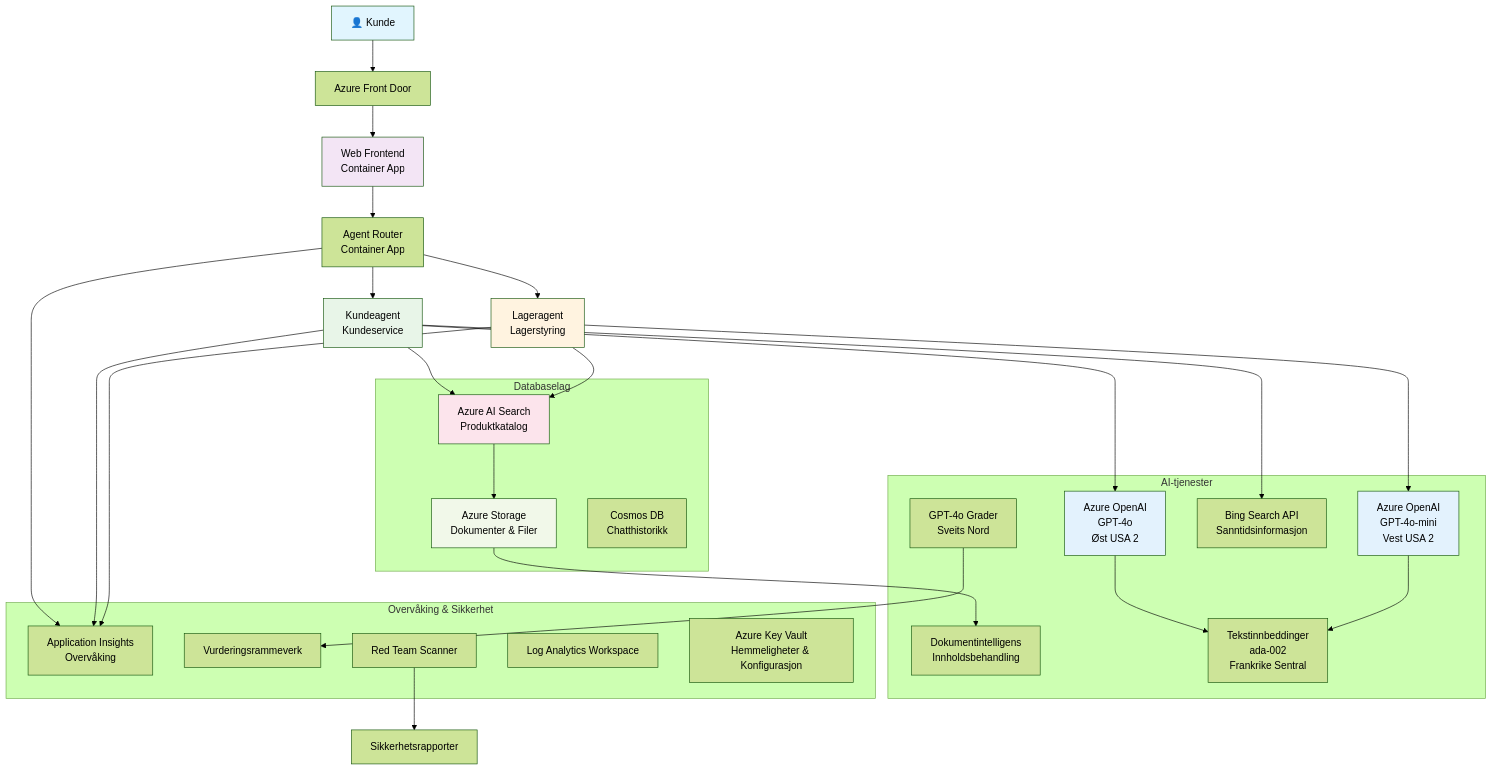
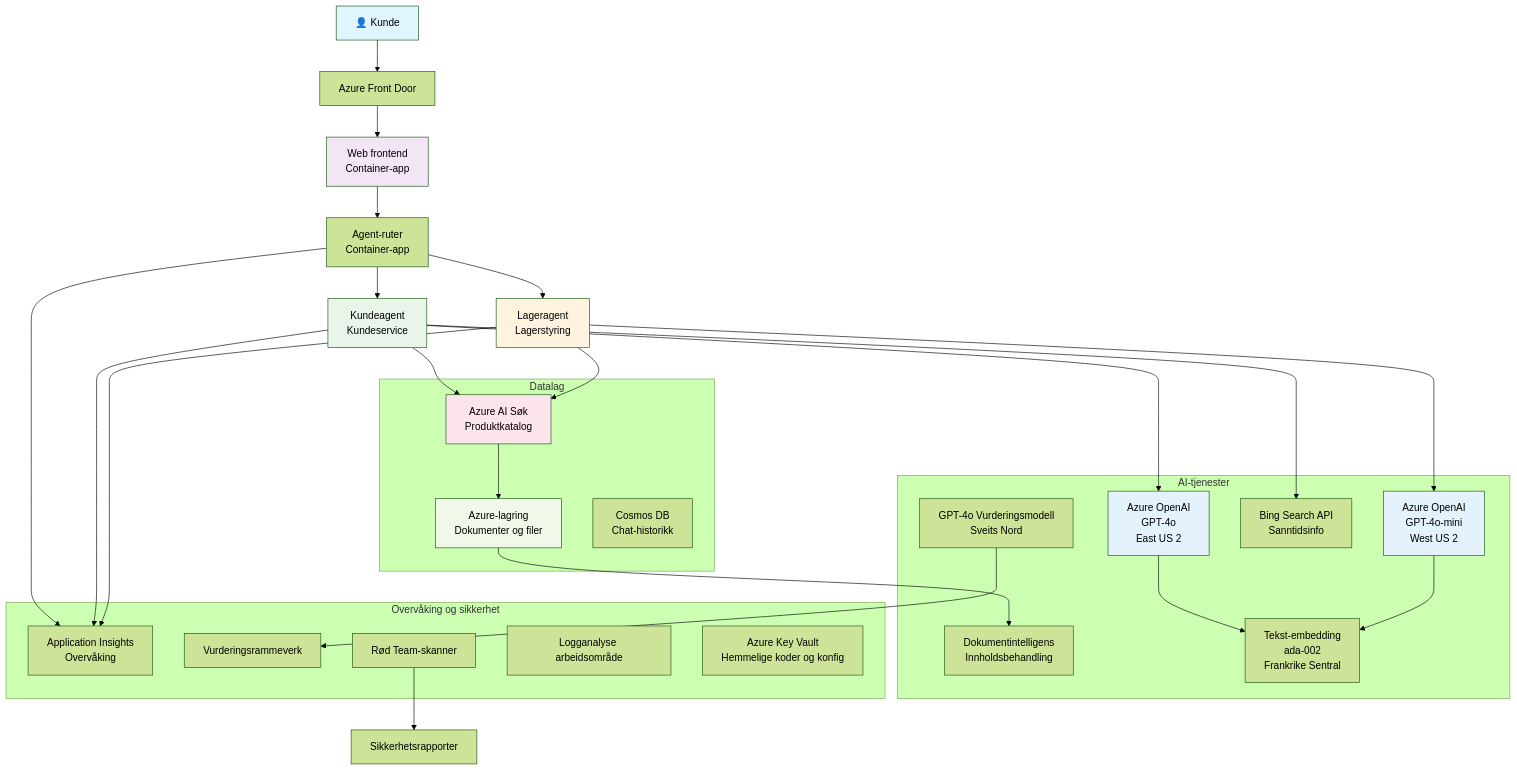
The diagram in translations/no/examples/retail-scenario.md (microsoft/AZD-for-beginners), drawn with Mermaid (forest theme) before and after one commit. The commit also changed other lines of this file and 242 other files, not shown here.

````diff
--- a/translations/no/examples/retail-scenario.md
+++ b/translations/no/examples/retail-scenario.md
@@ -148,61 +139,61 @@
 ```mermaid
 graph TB
     User[👤 Kunde] --> LB[Azure Front Door]
-    LB --> WebApp[Web Frontend<br/>Container App]
+    LB --> WebApp[Web frontend<br/>Container-app]
     
-    WebApp --> Router[Agent Router<br/>Container App]
+    WebApp --> Router[Agent-ruter<br/>Container-app]
     Router --> CustomerAgent[Kundeagent<br/>Kundeservice]
     Router --> InvAgent[Lageragent<br/>Lagerstyring]
     
-    CustomerAgent --> OpenAI1[Azure OpenAI<br/>GPT-4o<br/>Øst USA 2]
-    InvAgent --> OpenAI2[Azure OpenAI<br/>GPT-4o-mini<br/>Vest USA 2]
+    CustomerAgent --> OpenAI1[Azure OpenAI<br/>GPT-4o<br/>East US 2]
+    InvAgent --> OpenAI2[Azure OpenAI<br/>GPT-4o-mini<br/>West US 2]
     
-    CustomerAgent --> AISearch[Azure AI Search<br/>Produktkatalog]
-    CustomerAgent --> BingSearch[Bing Search API<br/>Sanntidsinformasjon]
+    CustomerAgent --> AISearch[Azure AI Søk<br/>Produktkatalog]
+    CustomerAgent --> BingSearch[Bing Search API<br/>Sanntidsinfo]
     InvAgent --> AISearch
     
-    AISearch --> Storage[Azure Storage<br/>Dokumenter & Filer]
+    AISearch --> Storage[Azure-lagring<br/>Dokumenter og filer]
     Storage --> DocIntel[Dokumentintelligens<br/>Innholdsbehandling]
     
-    OpenAI1 --> Embeddings[Tekstinnbeddinger<br/>ada-002<br/>Frankrike Sentral]
+    OpenAI1 --> Embeddings[Tekst-embedding<br/>ada-002<br/>Frankrike Sentral]
     OpenAI2 --> Embeddings
     
     Router --> AppInsights[Application Insights<br/>Overvåking]
     CustomerAgent --> AppInsights
     InvAgent --> AppInsights
     
-    GraderModel[GPT-4o Grader<br/>Sveits Nord] --> Evaluation[Vurderingsrammeverk]
-    RedTeam[Red Team Scanner] --> SecurityReports[Sikkerhetsrapporter]
+    GraderModel[GPT-4o Vurderingsmodell<br/>Sveits Nord] --> Evaluation[Vurderingsrammeverk]
+    RedTeam[Rød Team-skanner] --> SecurityReports[Sikkerhetsrapporter]
     
-    subgraph "Databaselag"
+    subgraph "Datalag"
         Storage
         AISearch
-        CosmosDB[Cosmos DB<br/>Chatthistorikk]
+        CosmosDB[Cosmos DB<br/>Chat-historikk]
     end
     
     subgraph "AI-tjenester"
         OpenAI1
         OpenAI2
         Embeddings
         GraderModel
         DocIntel
         BingSearch
     end
     
-    subgraph "Overvåking & Sikkerhet"
+    subgraph "Overvåking og sikkerhet"
         AppInsights
-        LogAnalytics[Log Analytics Workspace]
-        KeyVault[Azure Key Vault<br/>Hemmeligheter & Konfigurasjon]
+        LogAnalytics[Logganalyse arbeidsområde]
+        KeyVault[Azure Key Vault<br/>Hemmelige koder og konfig]
         RedTeam
         Evaluation
     end
     
     style User fill:#e1f5fe
     style WebApp fill:#f3e5f5
     style CustomerAgent fill:#e8f5e8
     style InvAgent fill:#fff3e0
     style OpenAI1 fill:#e3f2fd
     style OpenAI2 fill:#e3f2fd
     style AISearch fill:#fce4ec
     style Storage fill:#f1f8e9
 ```
````
